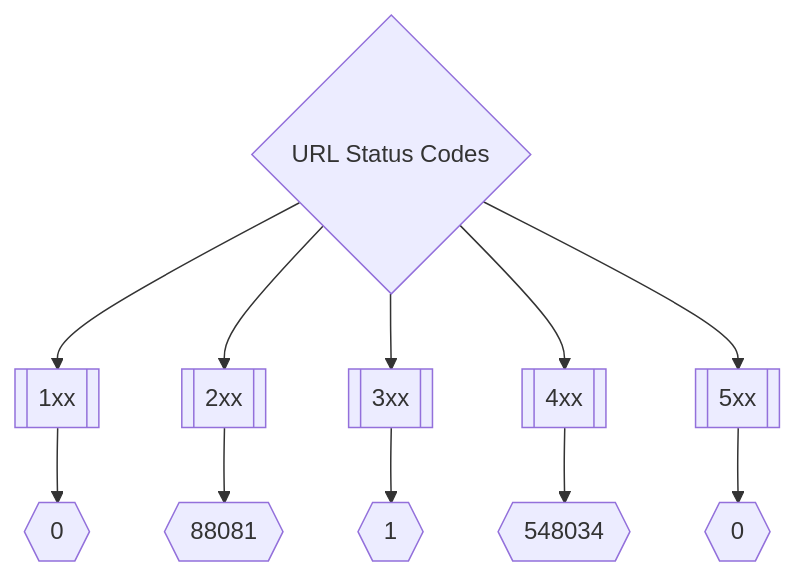
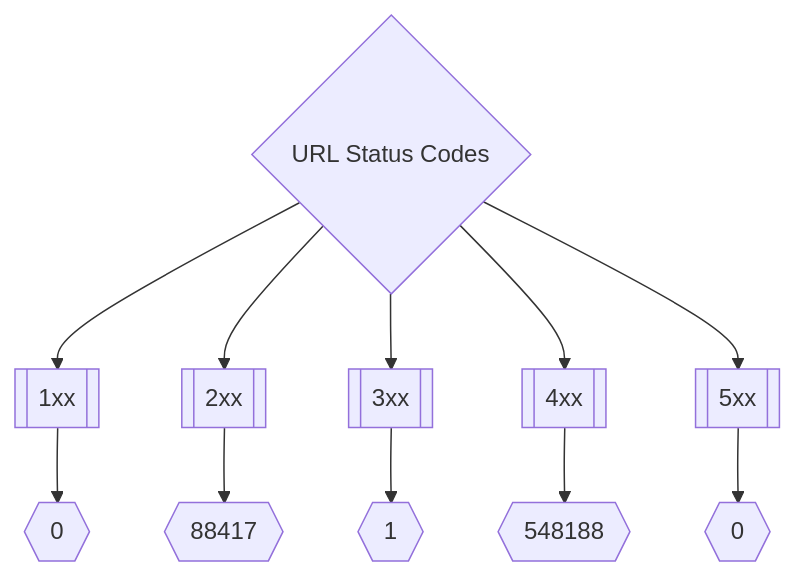
The second of 3 diagrams in README.md (trickest/inventory), drawn with Mermaid before and after one commit. The commit also changed other lines of this file, not shown here.

Commit message:
Update README.md Fri Jun 17 21:13:54 UTC 2022

````diff
--- a/README.md
+++ b/README.md
@@ -173,8 +173,8 @@
 ```mermaid
 graph TD
 title{URL Status Codes} --> 1xx[[1xx]] --> status1xxNum{{0}}
-title --> 2xx[[2xx]] --> status2xxNum{{88081}}
+title --> 2xx[[2xx]] --> status2xxNum{{88417}}
 title --> 3xx[[3xx]] --> status3xxNum{{1}}
-title --> 4xx[[4xx]] --> status4xxNum{{548034}}
+title --> 4xx[[4xx]] --> status4xxNum{{548188}}
 title --> 5xx[[5xx]] --> status5xxNum{{0}}
 ```
````
